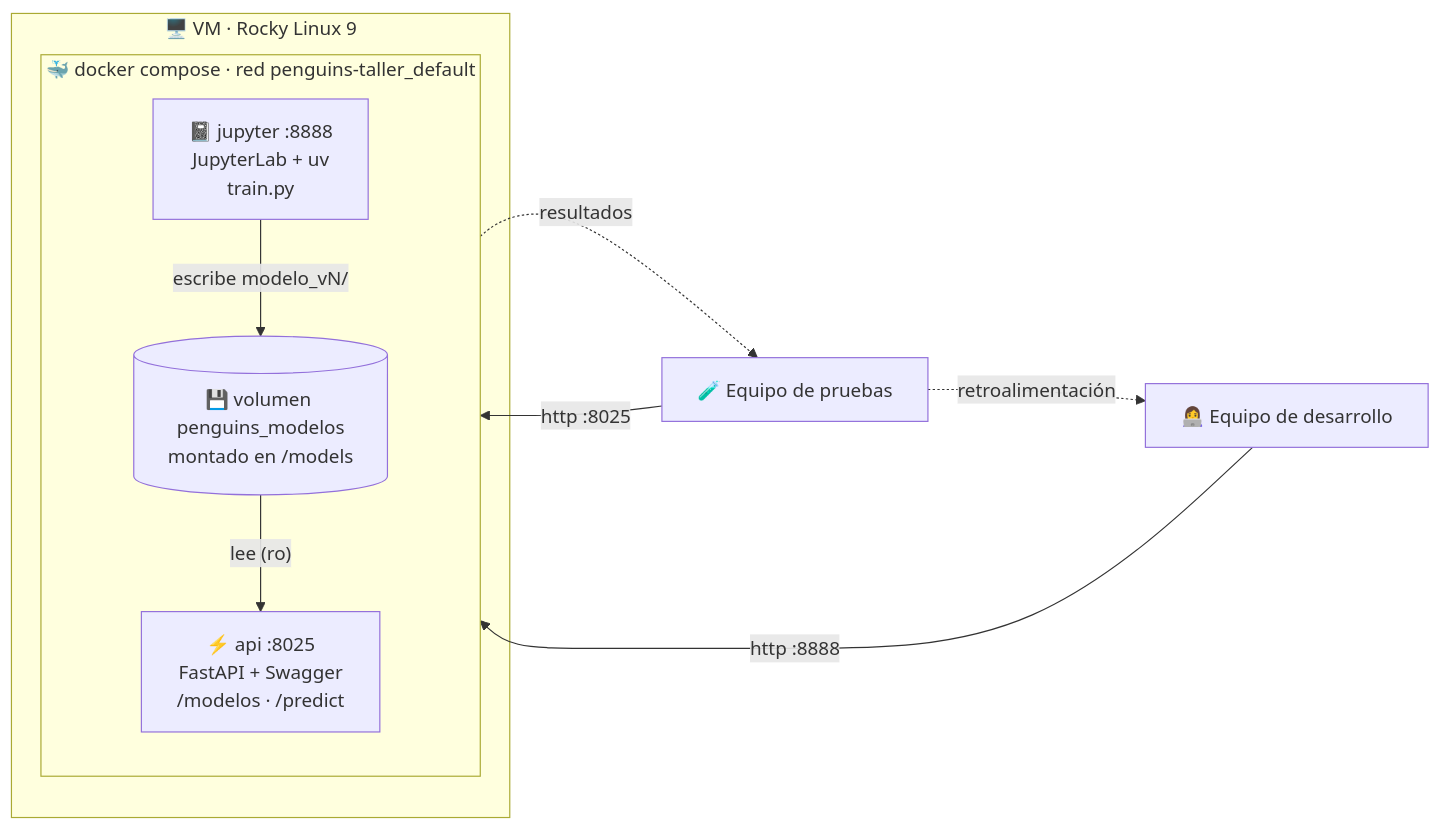
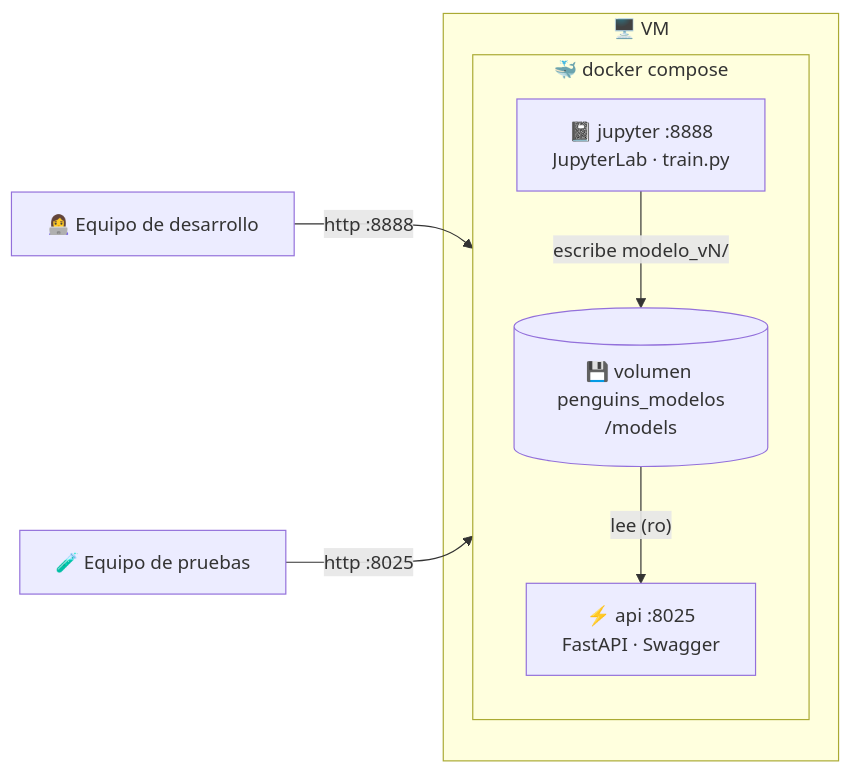
Before and after one commit to aristotekean/penguins: the diagram in README.md, drawn with Mermaid. The commit also changed other lines of this file, not shown here.

Commit message:
docs: rewrite README with clean structure and current compose setup

````diff
--- a/README.md
+++ b/README.md
@@ -58,19 +53,17 @@
 ```mermaid
 flowchart LR
-    subgraph VM["🖥️ VM · Rocky Linux 9"]
-        subgraph COMPOSE["🐳 docker compose · red penguins-taller_default"]
+    subgraph VM["🖥️ VM"]
+        subgraph COMPOSE["🐳 docker compose"]
             direction TB
-            J["📓 jupyter :8888<br/>JupyterLab + uv<br/>train.py"]
-            V[("💾 volumen penguins_modelos<br/>montado en /models")]
-            A["⚡ api :8025<br/>FastAPI + Swagger<br/>/modelos · /predict"]
+            J["📓 jupyter :8888<br/>JupyterLab · train.py"]
+            V[("💾 volumen penguins_modelos<br/>/models")]
+            A["⚡ api :8025<br/>FastAPI · Swagger"]
 
             J -- "escribe modelo_vN/" --> V
             V -- "lee (ro)" --> A
         end
     end
 
     DEV["👩‍💻 Equipo de desarrollo"] -->|http :8888| J
     QA["🧪 Equipo de pruebas"] -->|http :8025| A
-    A -.->|resultados| QA
-    QA -.->|retroalimentación| DEV
 ```
````
